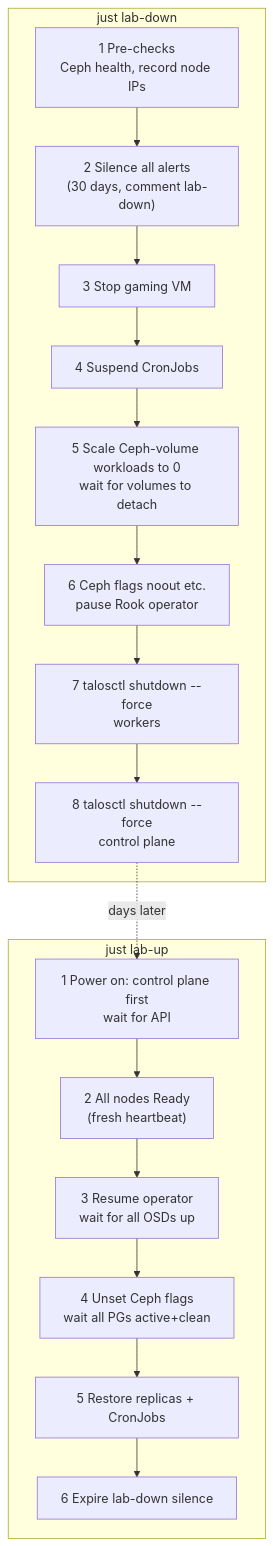
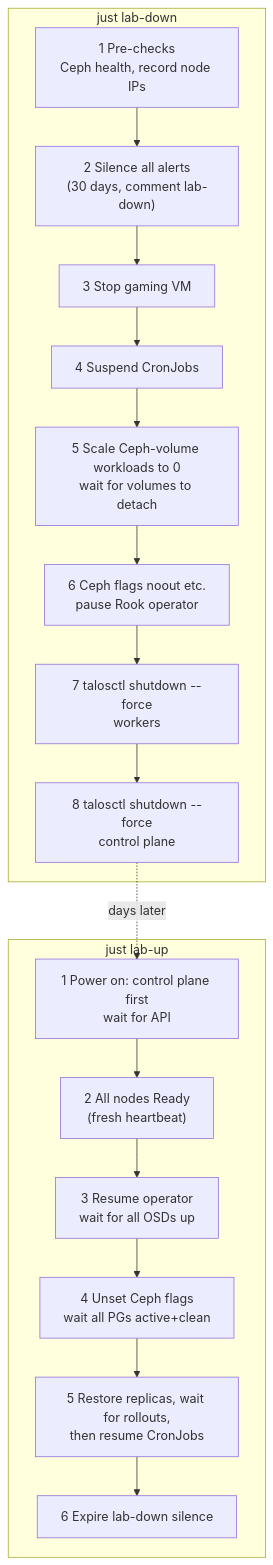
The diagram in docs/112-cluster-cold-stop-start.md (bar2sek/personal-technology), drawn with Mermaid before and after one commit. The commit also changed other lines of this file and 1 other file, not shown here.

Commit message:
fix(ops): lab-up waits for restored workloads before resuming CronJobs

````diff
--- a/docs/112-cluster-cold-stop-start.md
+++ b/docs/112-cluster-cold-stop-start.md
@@ -61,20 +61,20 @@
 ```mermaid
 graph TD
     subgraph DOWN["just lab-down"]
         D1["1 Pre-checks<br/>Ceph health, record node IPs"] --> D2["2 Silence all alerts<br/>(30 days, comment lab-down)"]
         D2 --> D3["3 Stop gaming VM"]
         D3 --> D4["4 Suspend CronJobs"]
         D4 --> D5["5 Scale Ceph-volume workloads to 0<br/>wait for volumes to detach"]
         D5 --> D6["6 Ceph flags noout etc.<br/>pause Rook operator"]
         D6 --> D7["7 talosctl shutdown --force<br/>workers"]
         D7 --> D8["8 talosctl shutdown --force<br/>control plane"]
     end
     subgraph UP["just lab-up"]
         U1["1 Power on: control plane first<br/>wait for API"] --> U2["2 All nodes Ready<br/>(fresh heartbeat)"]
         U2 --> U3["3 Resume operator<br/>wait for all OSDs up"]
         U3 --> U4["4 Unset Ceph flags<br/>wait all PGs active+clean"]
-        U4 --> U5["5 Restore replicas + CronJobs"]
+        U4 --> U5["5 Restore replicas, wait for rollouts,<br/>then resume CronJobs"]
         U5 --> U6["6 Expire lab-down silence"]
     end
     D8 -. "days later" .-> U1
 ```
````
